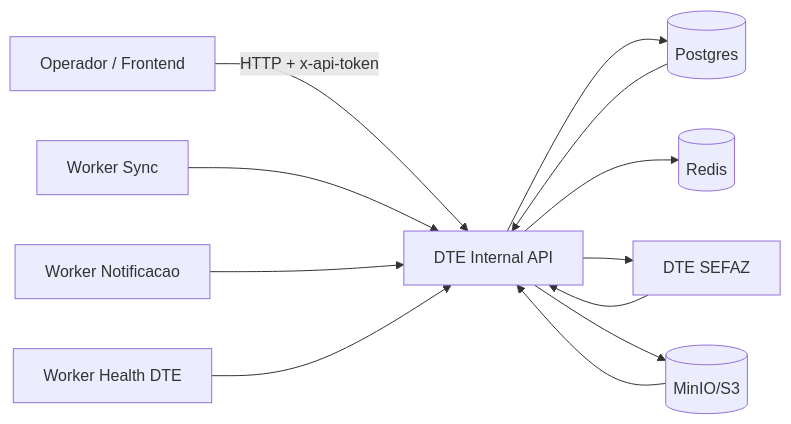
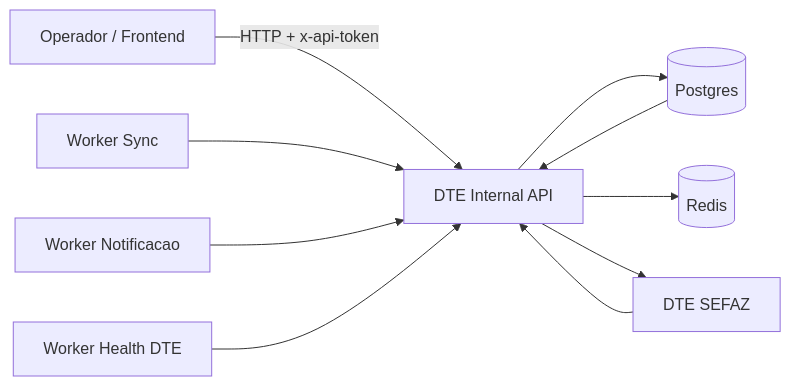
One commit to MaxTecnology/DTEHub-front changed the first of 8 diagrams in docs/fluxo-aplicacao.md. Above: the diagram before and after it, drawn with Mermaid. The commit also changed other lines of this file and 11 other files, not shown here.

````diff
--- a/docs/fluxo-aplicacao.md
+++ b/docs/fluxo-aplicacao.md
@@ -8,20 +8,18 @@
 ```mermaid
 flowchart LR
     U[Operador / Frontend] -->|HTTP + x-api-token| API[DTE Internal API]
     API --> DB[(Postgres)]
     API --> REDIS[(Redis)]
     API --> DTE[DTE SEFAZ]
-    API --> MINIO[(MinIO/S3)]
 
     DB --> API
     DTE --> API
-    MINIO --> API
 
     W1[Worker Sync]
     W2[Worker Notificacao]
     W3[Worker Health DTE]
 
     W1 --> API
     W2 --> API
     W3 --> API
 ```
````
